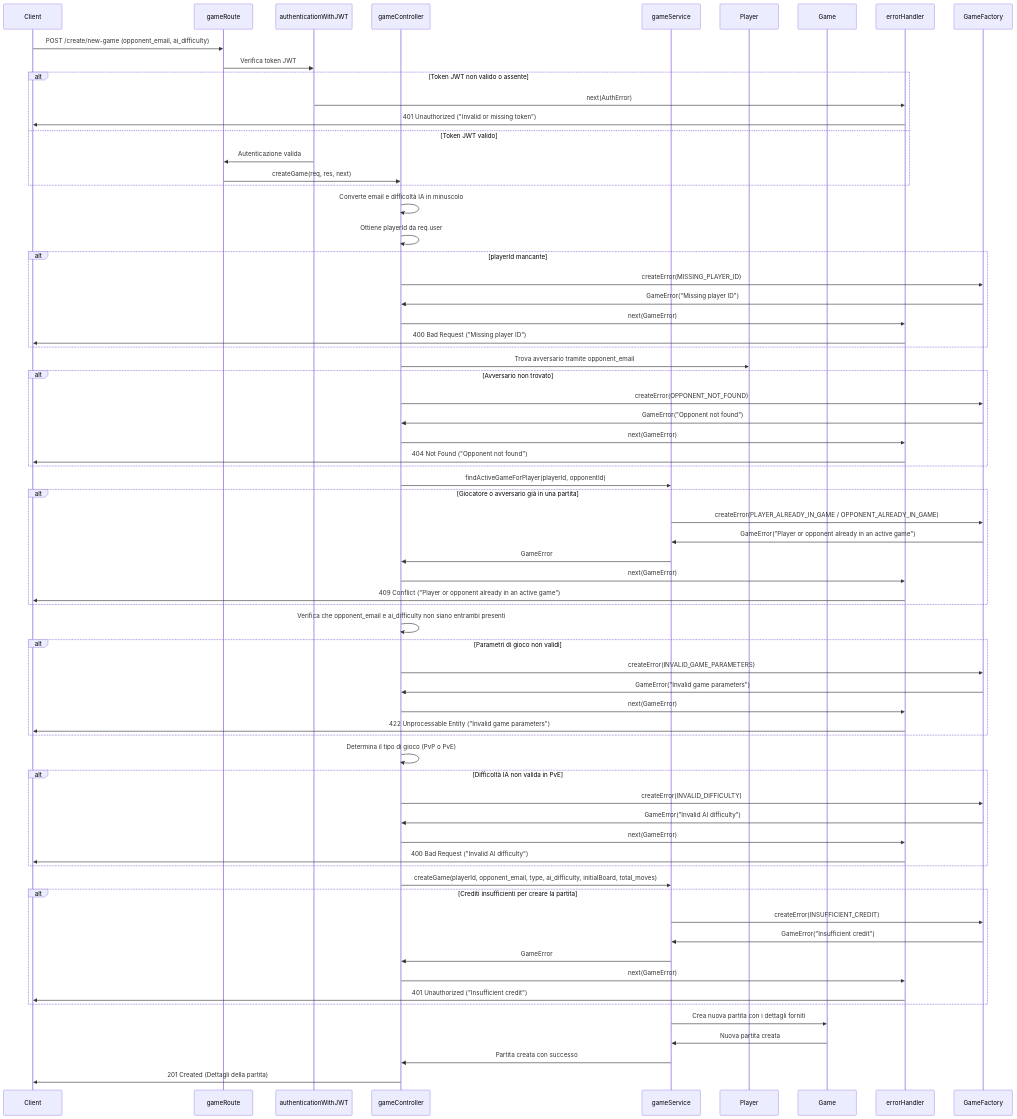
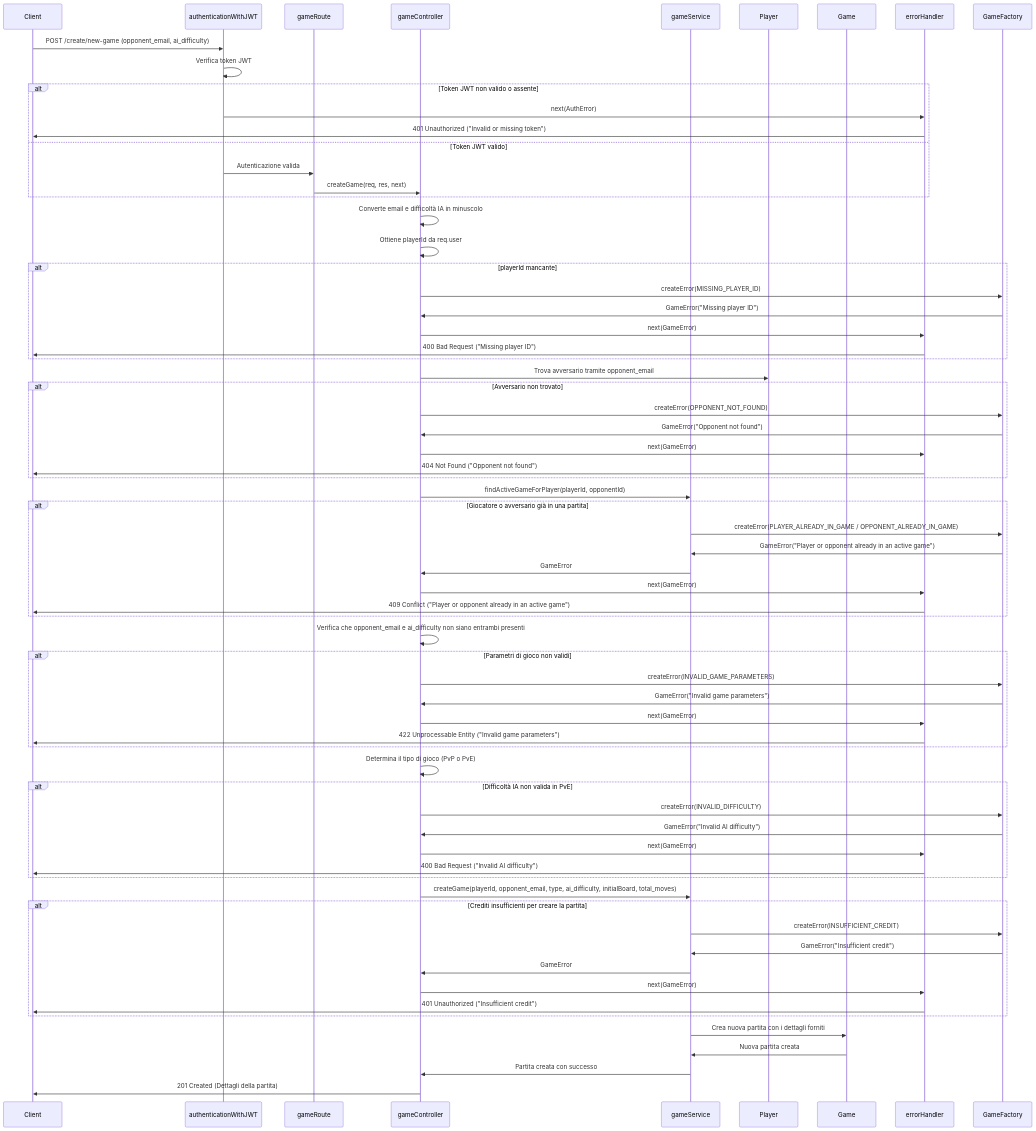
The third of 12 diagrams in README.md (AndreaMarini01/progetto_PA), drawn with Mermaid before and after one commit.

````diff
--- a/README.md
+++ b/README.md
@@ -213,79 +213,79 @@
 ```mermaid
 sequenceDiagram
-    participant Client
-    participant Router as gameRoute
-    participant AuthMiddleware as authenticationWithJWT
-    participant Controller as gameController
-    participant Service as gameService
-    participant PlayerModel as Player
-    participant GameModel as Game
-    participant ErrorHandler as errorHandler
-    participant Factory as GameFactory
+participant Client
+participant AuthMiddleware as authenticationWithJWT
+participant Router as gameRoute
+participant Controller as gameController
+participant Service as gameService
+participant PlayerModel as Player
+participant GameModel as Game
+participant ErrorHandler as errorHandler
+participant Factory as GameFactory
 
-    Client->>Router: POST /create/new-game (opponent_email, ai_difficulty)
-    Router->>AuthMiddleware: Verifica token JWT
+    Client->>AuthMiddleware: POST /create/new-game (opponent_email, ai_difficulty)
+    AuthMiddleware->>AuthMiddleware: Verifica token JWT
     alt Token JWT non valido o assente
         AuthMiddleware->>ErrorHandler: next(AuthError)
         ErrorHandler->>Client: 401 Unauthorized ("Invalid or missing token")
     else Token JWT valido
         AuthMiddleware->>Router: Autenticazione valida
         Router->>Controller: createGame(req, res, next)
     end    
-
 
     Controller->>Controller: Converte email e difficoltà IA in minuscolo
     Controller->>Controller: Ottiene playerId da req.user
     alt playerId mancante
         Controller->>Factory: createError(MISSING_PLAYER_ID)
         Factory->>Controller: GameError("Missing player ID")
         Controller->>ErrorHandler: next(GameError)
         ErrorHandler->>Client: 400 Bad Request ("Missing player ID")
     end
 
     Controller->>PlayerModel: Trova avversario tramite opponent_email
     alt Avversario non trovato
         Controller->>Factory: createError(OPPONENT_NOT_FOUND)
         Factory->>Controller: GameError("Opponent not found")
         Controller->>ErrorHandler: next(GameError)
         ErrorHandler->>Client: 404 Not Found ("Opponent not found")
     end
 
     Controller->>Service: findActiveGameForPlayer(playerId, opponentId)
     alt Giocatore o avversario già in una partita
         Service->>Factory: createError(PLAYER_ALREADY_IN_GAME / OPPONENT_ALREADY_IN_GAME)
         Factory->>Service: GameError("Player or opponent already in an active game")
         Service->>Controller: GameError
         Controller->>ErrorHandler: next(GameError)
         ErrorHandler->>Client: 409 Conflict ("Player or opponent already in an active game")
     end
 
     Controller->>Controller: Verifica che opponent_email e ai_difficulty non siano entrambi presenti
     alt Parametri di gioco non validi
         Controller->>Factory: createError(INVALID_GAME_PARAMETERS)
         Factory->>Controller: GameError("Invalid game parameters")
         Controller->>ErrorHandler: next(GameError)
         ErrorHandler->>Client: 422 Unprocessable Entity ("Invalid game parameters")
     end
 
     Controller->>Controller: Determina il tipo di gioco (PvP o PvE)
     alt Difficoltà IA non valida in PvE
         Controller->>Factory: createError(INVALID_DIFFICULTY)
         Factory->>Controller: GameError("Invalid AI difficulty")
         Controller->>ErrorHandler: next(GameError)
         ErrorHandler->>Client: 400 Bad Request ("Invalid AI difficulty")
     end
 
     Controller->>Service: createGame(playerId, opponent_email, type, ai_difficulty, initialBoard, total_moves)
     alt Crediti insufficienti per creare la partita
         Service->>Factory: createError(INSUFFICIENT_CREDIT)
         Factory->>Service: GameError("Insufficient credit")
         Service->>Controller: GameError
         Controller->>ErrorHandler: next(GameError)
         ErrorHandler->>Client: 401 Unauthorized ("Insufficient credit")
     end
 
     Service->>GameModel: Crea nuova partita con i dettagli forniti
     GameModel->>Service: Nuova partita creata
     Service->>Controller: Partita creata con successo
     Controller->>Client: 201 Created (Dettagli della partita)
+
 ```
````
